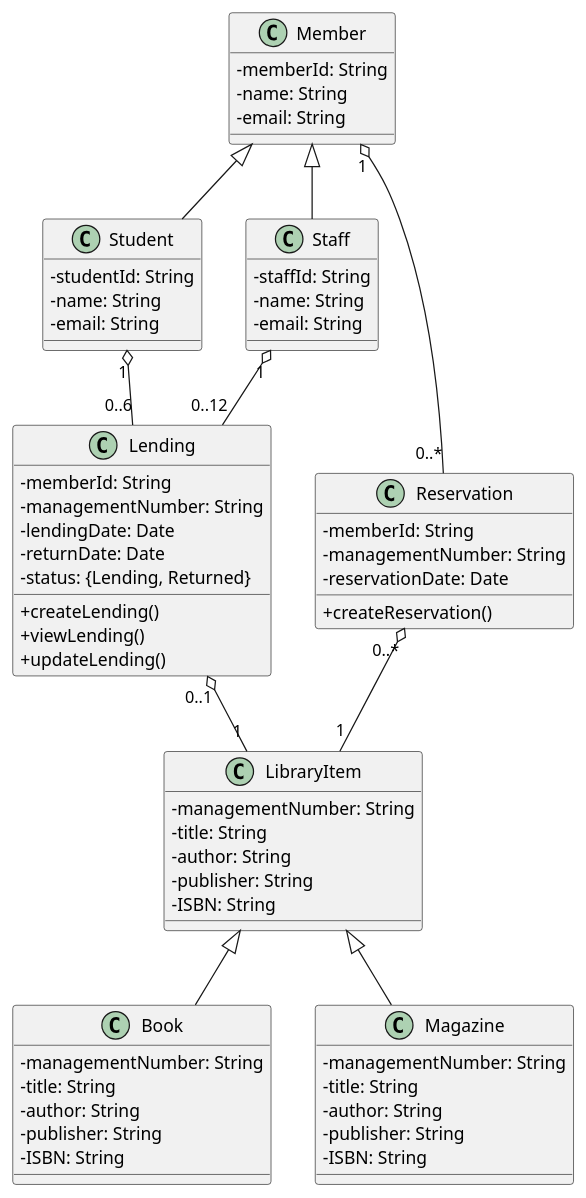
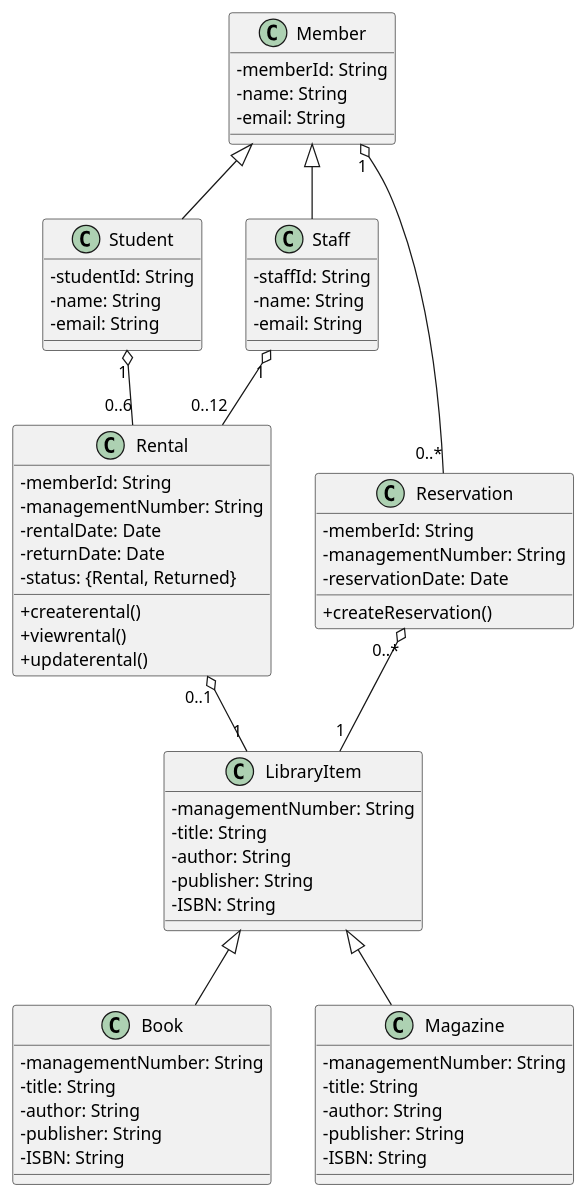
The diagram in kouka2/class.pu (FujikawaHirono0520/group3_1_dogdog), drawn with PlantUML before and after one commit.

Commit message:
【変更】Lending -> rental

```diff
--- a/kouka2/class.pu
+++ b/kouka2/class.pu
@@ -1,84 +1,84 @@
 @startuml .
 skinparam classAttributeIconSize 0
 
 class Member {
   - memberId: String
   - name: String
   - email: String
 }
 
 class Student {
   - studentId: String
   - name: String
   - email: String
 }
 
 class Staff {
   - staffId: String
   - name: String
   - email: String
 }
 
 class Reservation {
   - memberId: String
   - managementNumber: String
   - reservationDate: Date
 
   + createReservation()
 }
 
-class Lending {
+class Rental {
   - memberId: String
   - managementNumber: String
-  - lendingDate: Date
+  - rentalDate: Date
   - returnDate: Date
-  - status: {Lending, Returned}
+  - status: {Rental, Returned}
 
-  + createLending()
-  + viewLending()
-  + updateLending()
+  + createrental()
+  + viewrental()
+  + updaterental()
 }
 
 class LibraryItem {
   - managementNumber: String
   - title: String
   - author: String
   - publisher: String
   - ISBN: String
 }
 
 class Book {
   - managementNumber: String
   - title: String
   - author: String
   - publisher: String
   - ISBN: String
 }
 
 class Magazine {
   - managementNumber: String
   - title: String
   - author: String
   - publisher: String
   - ISBN: String
 }
 
 Member <|-- Student
 
 Member <|-- Staff
 
 LibraryItem <|-- Book
 
 LibraryItem <|-- Magazine
 
-Student "1" o-- "0..6" Lending
+Student "1" o-- "0..6" Rental
 
-Staff "1" o-- "0..12" Lending
+Staff "1" o-- "0..12" Rental
 
 Member "1" o-- "0..*" Reservation
 
-Lending "0..1" o-- "1" LibraryItem
+Rental "0..1" o-- "1" LibraryItem
 
 Reservation "0..*" o-- "1" LibraryItem
 
 @enduml
```
